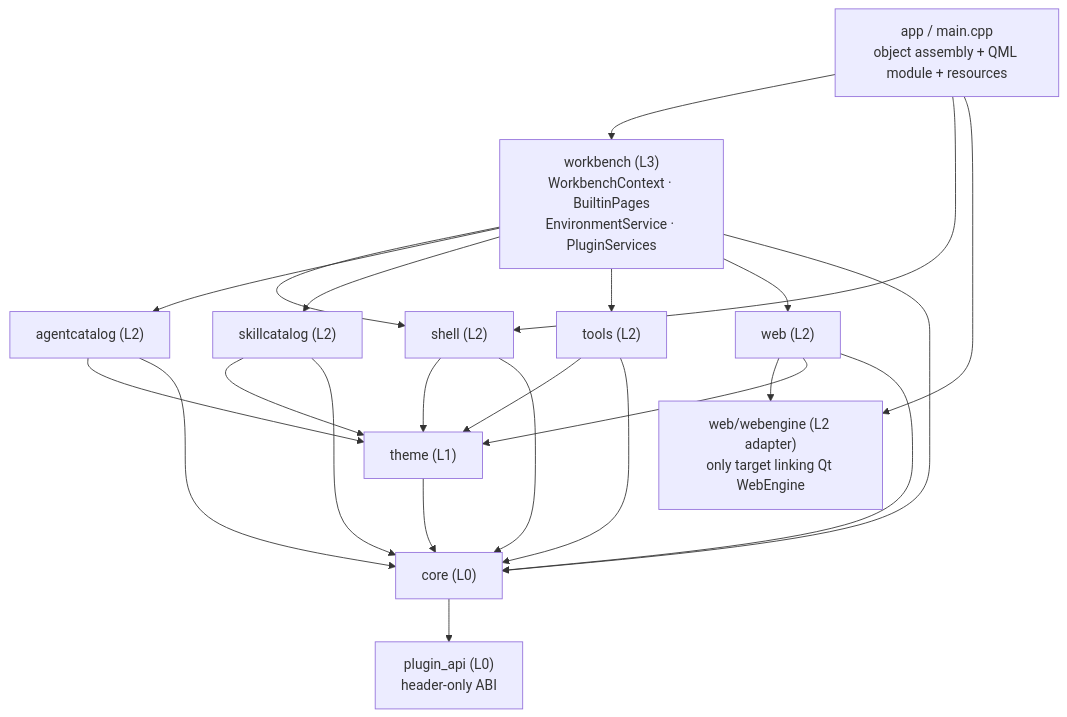
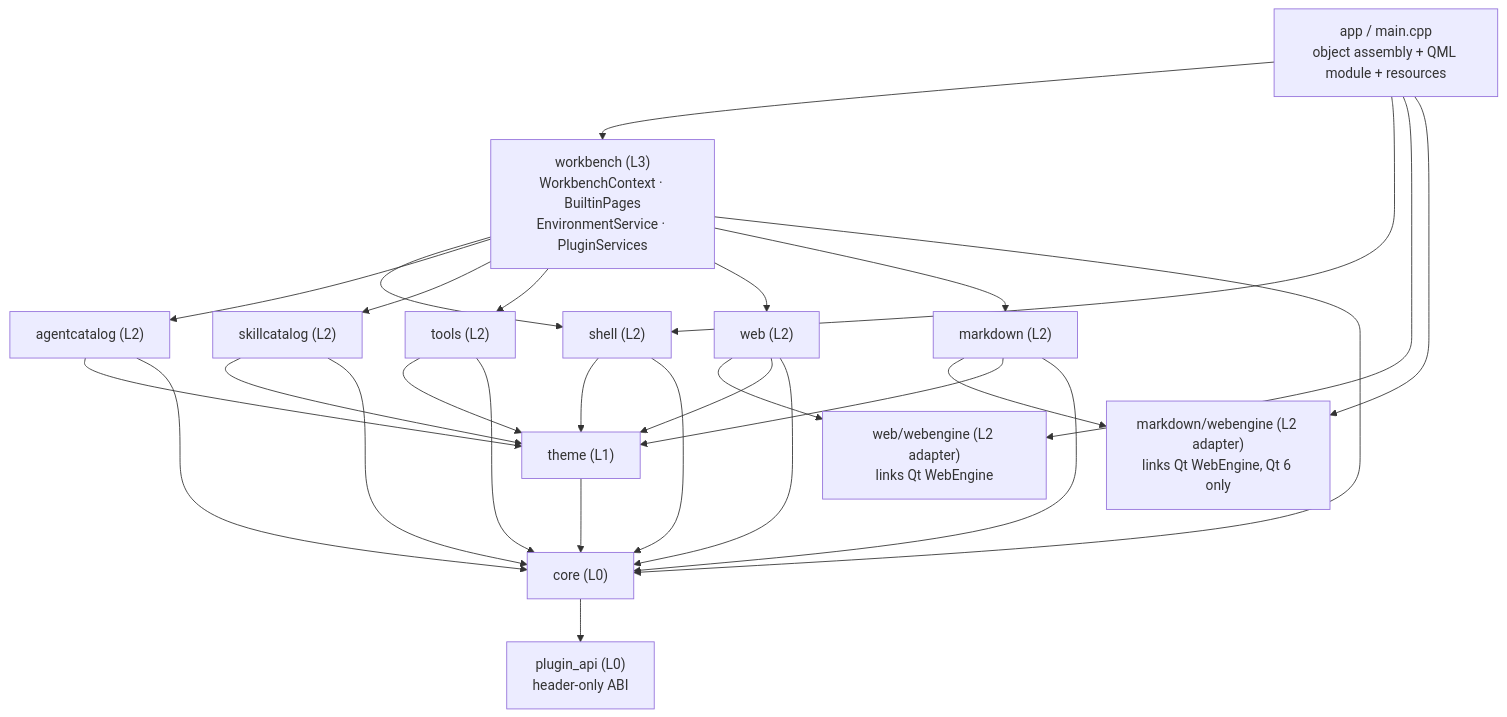
Before and after one commit to czyt1988/AgentWorkbench: the first of 4 diagrams in docs/architecture/index.md, drawn with Mermaid. The commit also changed other lines of this file and 36 other files, not shown here.

````diff
--- a/docs/architecture/index.md
+++ b/docs/architecture/index.md
@@ -46,37 +48,44 @@
 ```mermaid
 flowchart TB
     app["app / main.cpp<br/>object assembly + QML module + resources"]
     workbench["workbench (L3)<br/>WorkbenchContext · BuiltinPages<br/>EnvironmentService · PluginServices"]
     shell["shell (L2)"]
     agentcatalog["agentcatalog (L2)"]
     skillcatalog["skillcatalog (L2)"]
     tools["tools (L2)"]
     web["web (L2)"]
-    webengine["web/webengine (L2 adapter)<br/>only target linking Qt WebEngine"]
+    webengine["web/webengine (L2 adapter)<br/>links Qt WebEngine"]
+    markdown["markdown (L2)"]
+    mdwebengine["markdown/webengine (L2 adapter)<br/>links Qt WebEngine, Qt 6 only"]
     theme["theme (L1)"]
     core["core (L0)"]
     pluginapi["plugin_api (L0)<br/>header-only ABI"]
 
     app --> workbench
     app --> shell
     app --> webengine
+    app --> mdwebengine
     workbench --> shell
     workbench --> agentcatalog
     workbench --> skillcatalog
     workbench --> tools
     workbench --> web
+    workbench --> markdown
     web --> webengine
+    markdown --> mdwebengine
     agentcatalog --> theme
     skillcatalog --> theme
     tools --> theme
+    markdown --> theme
     web --> theme
     shell --> theme
     theme --> core
     agentcatalog --> core
     skillcatalog --> core
     tools --> core
+    markdown --> core
     web --> core
     shell --> core
     workbench --> core
     core --> pluginapi
 ```
````
